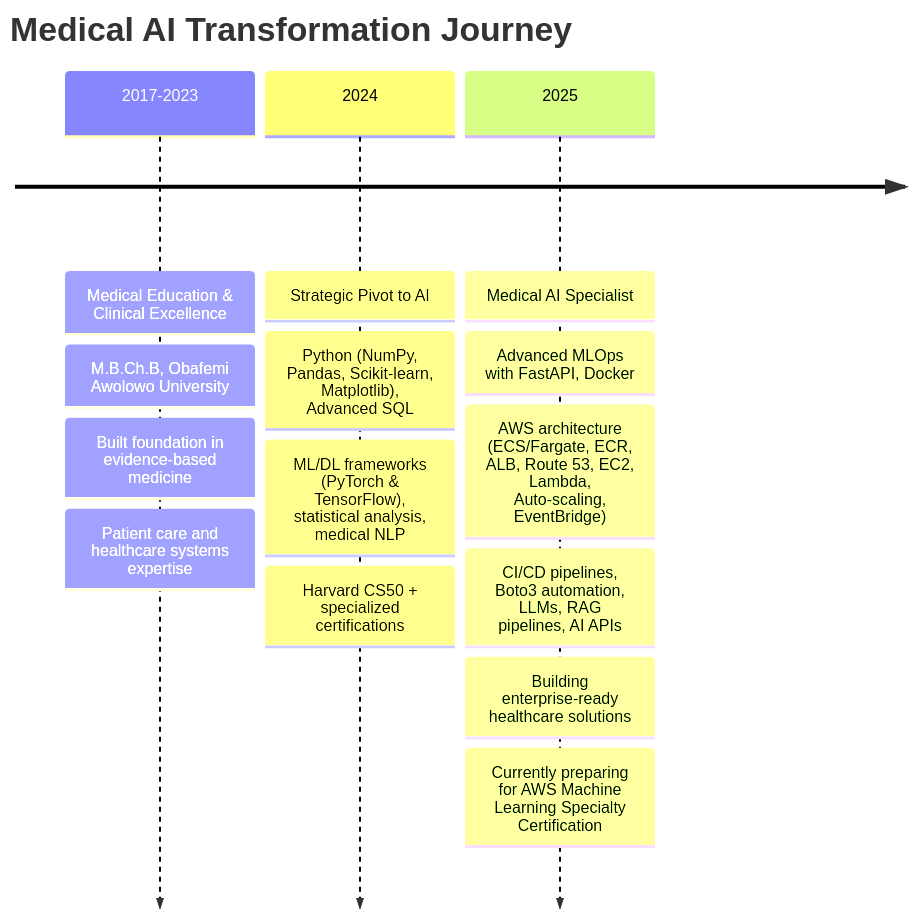
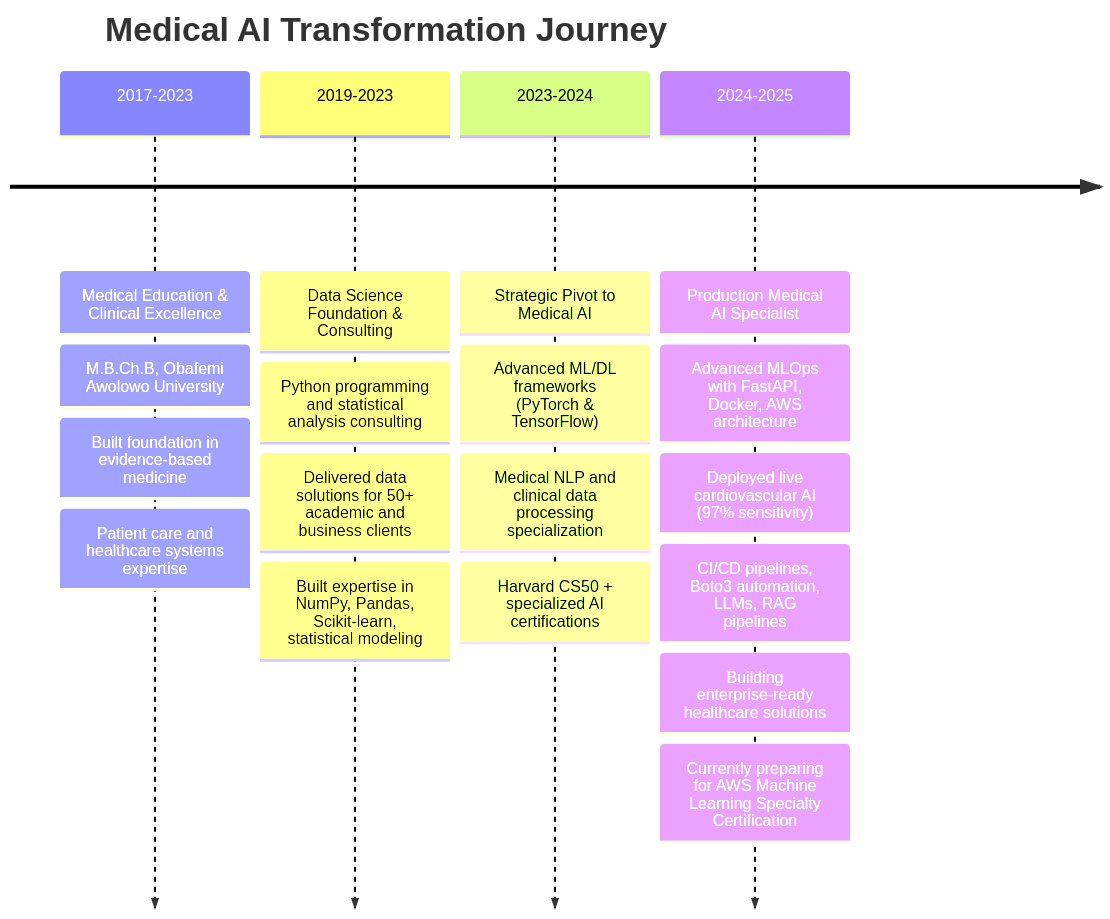
Before and after one commit to dr-ridwanoladipo/dr-ridwanoladipo: the diagram in README.md, drawn with Mermaid.

Commit message:
updated ecg result

````diff
--- a/README.md
+++ b/README.md
@@ -134,21 +134,26 @@
 ```mermaid
 timeline
     title Medical AI Transformation Journey
 
     2017-2023 : Medical Education & Clinical Excellence
               : M.B.Ch.B, Obafemi Awolowo University
               : Built foundation in evidence-based medicine
               : Patient care and healthcare systems expertise
               
-    2024 : Strategic Pivot to AI
-         : Python (NumPy, Pandas, Scikit-learn, Matplotlib), Advanced SQL
-         : ML/DL frameworks (PyTorch & TensorFlow), statistical analysis, medical NLP
-         : Harvard CS50 + specialized certifications
+    2019-2023 : Data Science Foundation & Consulting
+              : Python programming and statistical analysis consulting
+              : Delivered data solutions for 50+ academic and business clients
+              : Built expertise in NumPy, Pandas, Scikit-learn, statistical modeling
          
-    2025 : Medical AI Specialist
-         : Advanced MLOps with FastAPI, Docker
-         : AWS architecture (ECS/Fargate, ECR, ALB, Route 53, EC2, Lambda, Auto-scaling, EventBridge)
-         : CI/CD pipelines, Boto3 automation, LLMs, RAG pipelines, AI APIs
-         : Building enterprise-ready healthcare solutions
-         : Currently preparing for AWS Machine Learning Specialty Certification
+    2023-2024 : Strategic Pivot to Medical AI
+              : Advanced ML/DL frameworks (PyTorch & TensorFlow)
+              : Medical NLP and clinical data processing specialization
+              : Harvard CS50 + specialized AI certifications
+              
+    2024-2025 : Production Medical AI Specialist
+              : Advanced MLOps with FastAPI, Docker, AWS architecture
+              : Deployed live cardiovascular AI (97% sensitivity)
+              : CI/CD pipelines, Boto3 automation, LLMs, RAG pipelines
+              : Building enterprise-ready healthcare solutions
+              : Currently preparing for AWS Machine Learning Specialty Certification
 ```
````
